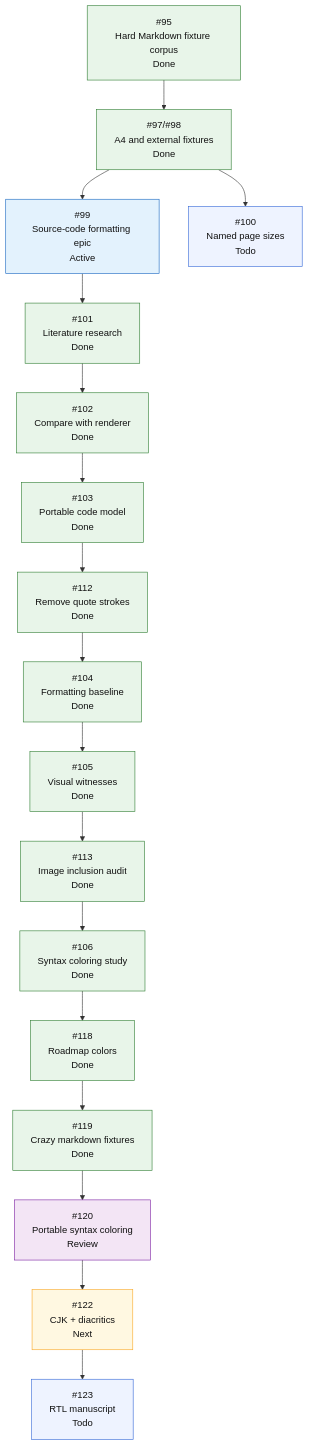
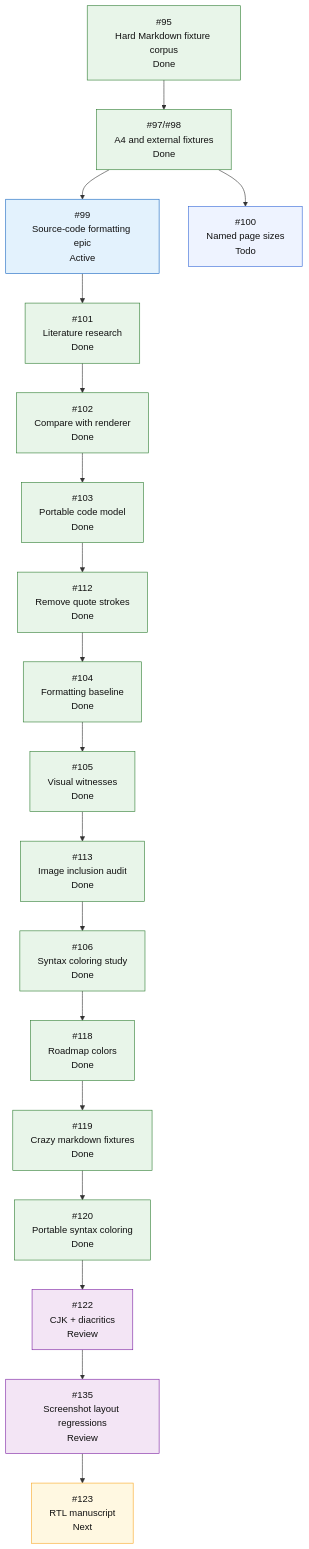
One commit to mihaelamj/MarkdownPDF changed the fifth of 5 diagrams in README.md. Above: the diagram before and after it, drawn with Mermaid. The commit also changed other lines of this file and 1 other file, not shown here.

Commit message:
test(pdf): cover source-code layout regressions

````diff
--- a/README.md
+++ b/README.md
@@ -440,37 +445,38 @@
 ```mermaid
 flowchart TD
     H0["#95<br/>Hard Markdown fixture corpus<br/>Done"]
     H1["#97/#98<br/>A4 and external fixtures<br/>Done"]
     H2["#99<br/>Source-code formatting epic<br/>Active"]
     H2A["#101<br/>Literature research<br/>Done"]
     H2B["#102<br/>Compare with renderer<br/>Done"]
     H2C["#103<br/>Portable code model<br/>Done"]
     H2D["#112<br/>Remove quote strokes<br/>Done"]
     H2E["#104<br/>Formatting baseline<br/>Done"]
     H2F["#105<br/>Visual witnesses<br/>Done"]
     H2G["#113<br/>Image inclusion audit<br/>Done"]
     H2H["#106<br/>Syntax coloring study<br/>Done"]
     H2I["#118<br/>Roadmap colors<br/>Done"]
     H2J["#119<br/>Crazy markdown fixtures<br/>Done"]
-    H2K["#120<br/>Portable syntax coloring<br/>Review"]
-    H2L["#122<br/>CJK + diacritics<br/>Next"]
-    H2M["#123<br/>RTL manuscript<br/>Todo"]
+    H2K["#120<br/>Portable syntax coloring<br/>Done"]
+    H2L["#122<br/>CJK + diacritics<br/>Review"]
+    H2M["#135<br/>Screenshot layout regressions<br/>Review"]
+    H2N["#123<br/>RTL manuscript<br/>Next"]
     H3["#100<br/>Named page sizes<br/>Todo"]
 
     H0 --> H1
     H1 --> H2
-    H2 --> H2A --> H2B --> H2C --> H2D --> H2E --> H2F --> H2G --> H2H --> H2I --> H2J --> H2K --> H2L --> H2M
+    H2 --> H2A --> H2B --> H2C --> H2D --> H2E --> H2F --> H2G --> H2H --> H2I --> H2J --> H2K --> H2L --> H2M --> H2N
     H1 --> H3
 
     classDef done fill:#e8f5e9,stroke:#2e7d32,color:#111;
     classDef active fill:#e3f2fd,stroke:#1565c0,color:#111;
     classDef review fill:#f3e5f5,stroke:#7b1fa2,color:#111;
     classDef next fill:#fff8e1,stroke:#f9a825,color:#111;
     classDef todo fill:#eef3ff,stroke:#3367d6,color:#111;
     class H0,H1 done;
     class H2 active;
-    class H2A,H2B,H2C,H2D,H2E,H2F,H2G,H2H,H2I,H2J done;
-    class H2K review;
-    class H2L next;
-    class H2M,H3 todo;
+    class H2A,H2B,H2C,H2D,H2E,H2F,H2G,H2H,H2I,H2J,H2K done;
+    class H2L,H2M review;
+    class H2N next;
+    class H3 todo;
 ```
````
